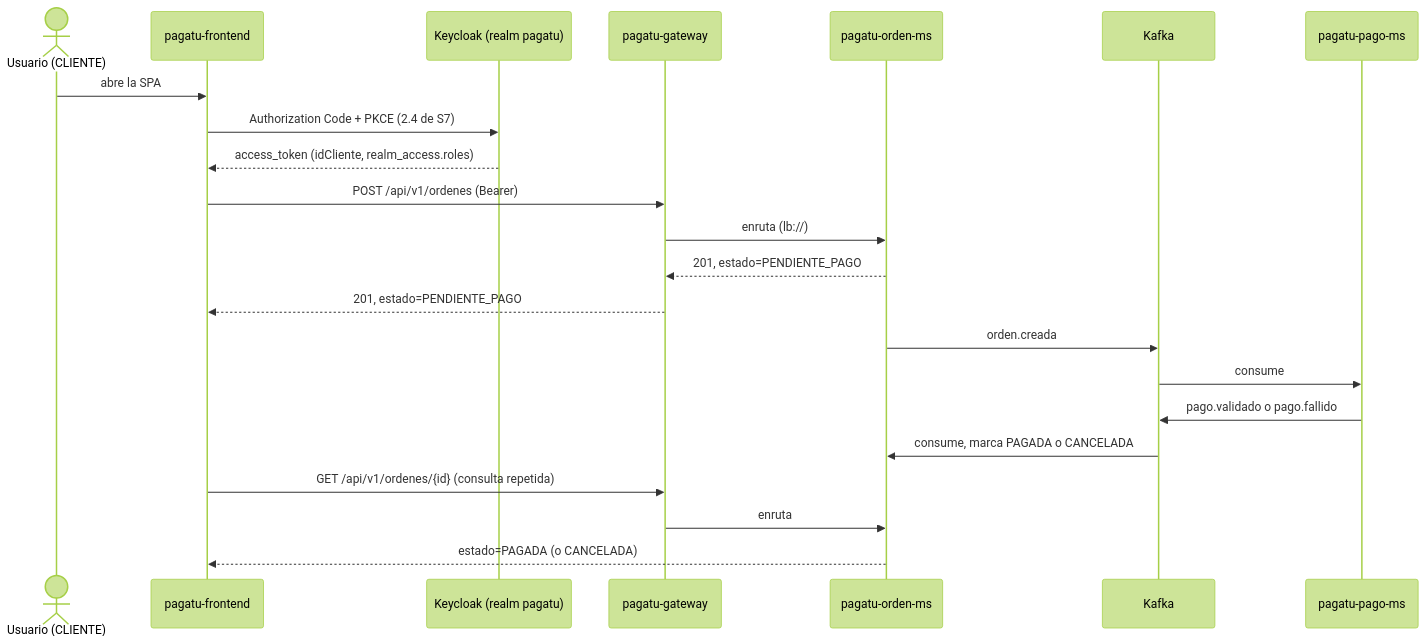
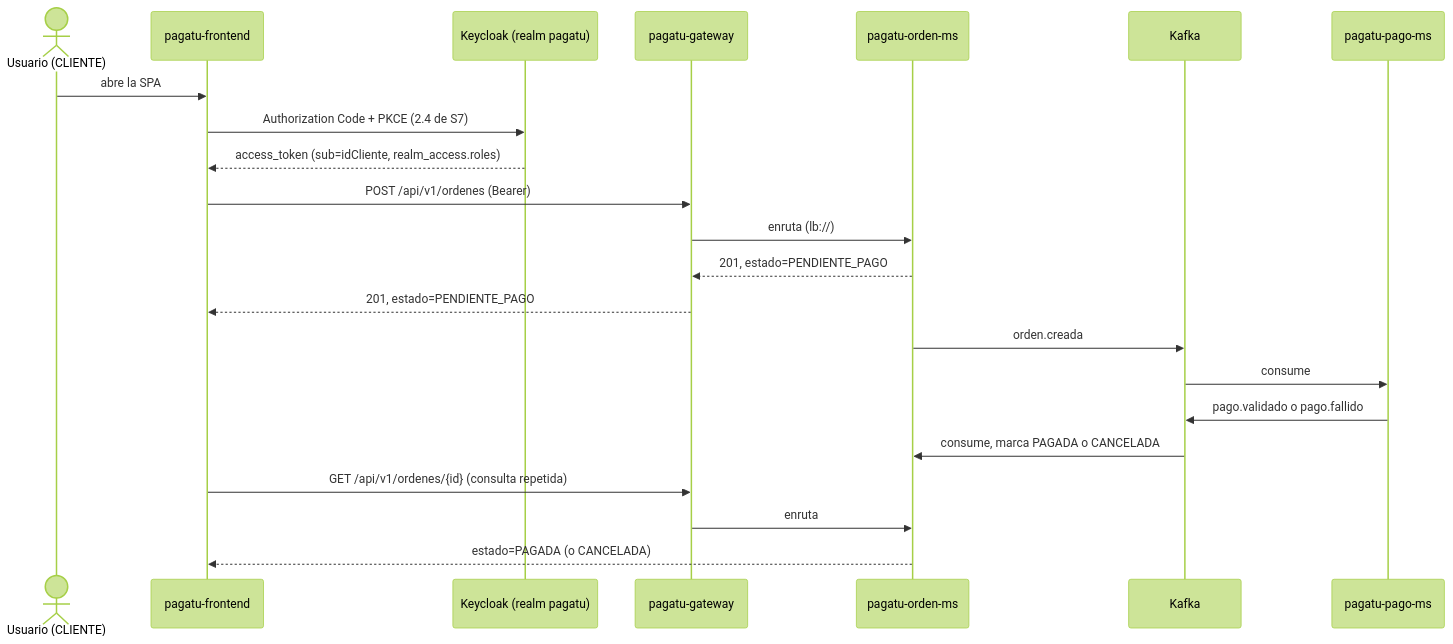
The second of 2 diagrams in docs/sesiones/S11_Integracion_Cliente_Frontend_Angular_Keycloak.md (262dist/pagatu), drawn with Mermaid (forest theme) before and after one commit. The commit also changed other lines of this file and 3 other files, not shown here.

````diff
--- a/docs/sesiones/S11_Integracion_Cliente_Frontend_Angular_Keycloak.md
+++ b/docs/sesiones/S11_Integracion_Cliente_Frontend_Angular_Keycloak.md
@@ -97,25 +97,25 @@
 ```mermaid
 sequenceDiagram
     actor U as Usuario (CLIENTE)
     participant SPA as pagatu-frontend
     participant KC as Keycloak (realm pagatu)
     participant GW as pagatu-gateway
     participant Ord as pagatu-orden-ms
     participant Kafka as Kafka
     participant Pago as pagatu-pago-ms
 
     U->>SPA: abre la SPA
     SPA->>KC: Authorization Code + PKCE (2.4 de S7)
-    KC-->>SPA: access_token (idCliente, realm_access.roles)
+    KC-->>SPA: access_token (sub=idCliente, realm_access.roles)
     SPA->>GW: POST /api/v1/ordenes (Bearer)
     GW->>Ord: enruta (lb://)
     Ord-->>GW: 201, estado=PENDIENTE_PAGO
     GW-->>SPA: 201, estado=PENDIENTE_PAGO
     Ord->>Kafka: orden.creada
     Kafka->>Pago: consume
     Pago->>Kafka: pago.validado o pago.fallido
     Kafka->>Ord: consume, marca PAGADA o CANCELADA
     SPA->>GW: GET /api/v1/ordenes/{id} (consulta repetida)
     GW->>Ord: enruta
     Ord-->>SPA: estado=PAGADA (o CANCELADA)
 ```
````
